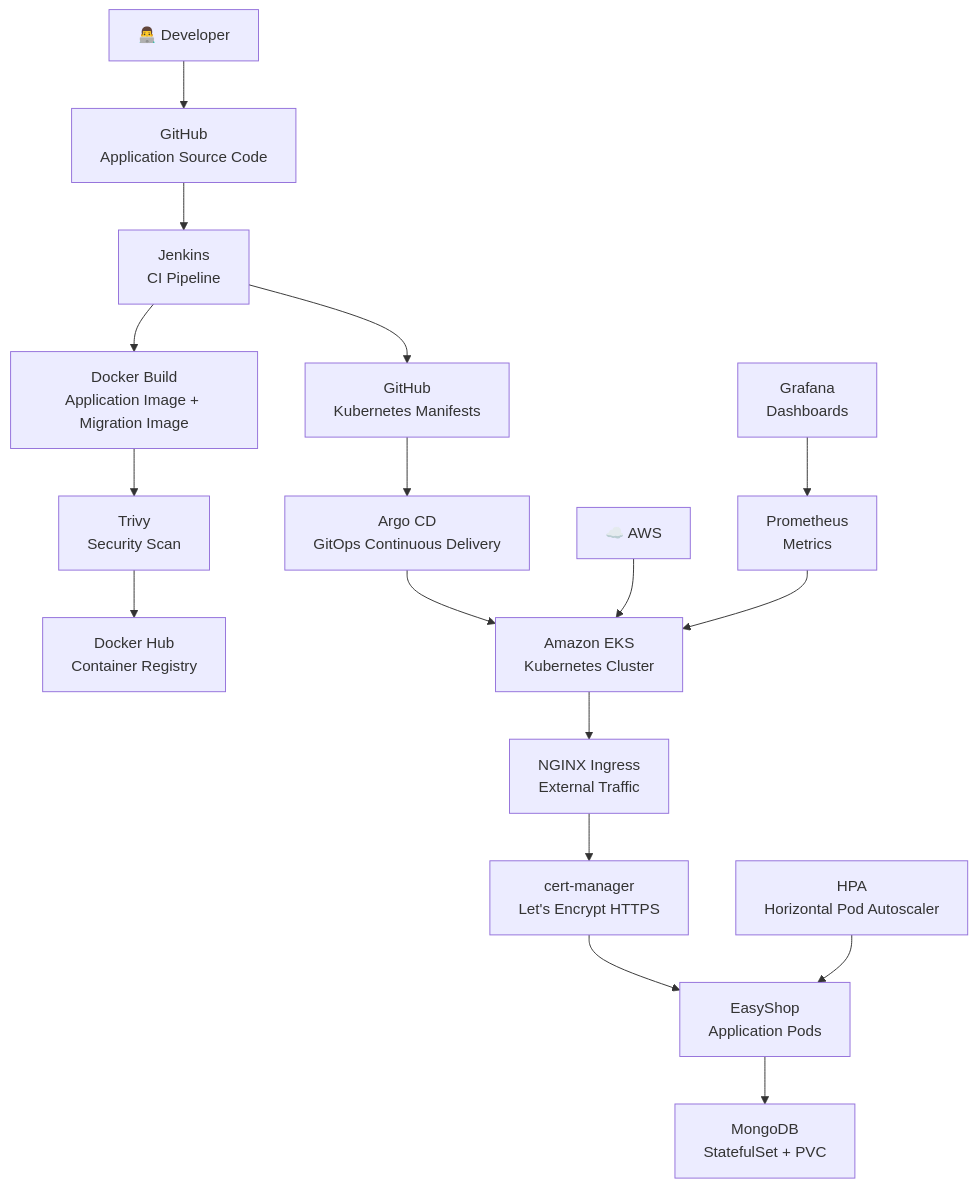
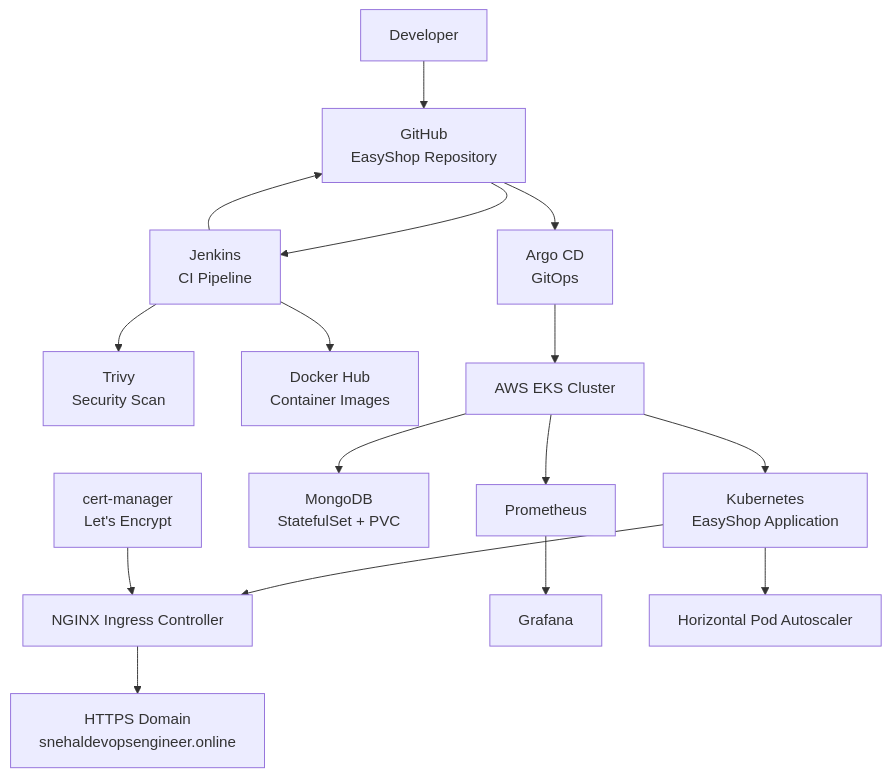
The diagram in README.md (snehalpawar29/EasyShop), drawn with Mermaid before and after one commit. The commit also changed other lines of this file, not shown here.

First line of the commit message:
Revise README for EasyShop project details

````diff
--- a/README.md
+++ b/README.md
@@ -51,56 +67,56 @@
 ```mermaid
 flowchart TB
 
-    DEV["👨‍💻 Developer"]
+    DEV[Developer]
 
-    GIT["GitHub<br/>Application Source Code"]
+    GIT[GitHub<br/>EasyShop Repository]
 
-    JENKINS["Jenkins<br/>CI Pipeline"]
+    JENKINS[Jenkins<br/>CI Pipeline]
 
-    BUILD["Docker Build<br/>Application Image + Migration Image"]
+    TRIVY[Trivy<br/>Security Scan]
 
-    TRIVY["Trivy<br/>Security Scan"]
+    DOCKER[Docker Hub<br/>Container Images]
 
-    DOCKER["Docker Hub<br/>Container Registry"]
+    ARGO[Argo CD<br/>GitOps]
 
-    K8SREPO["GitHub<br/>Kubernetes Manifests"]
+    EKS[AWS EKS Cluster]
 
-    ARGO["Argo CD<br/>GitOps Continuous Delivery"]
+    K8S[Kubernetes<br/>EasyShop Application]
 
-    AWS["☁️ AWS"]
+    MONGO[MongoDB<br/>StatefulSet + PVC]
 
-    EKS["Amazon EKS<br/>Kubernetes Cluster"]
+    NGINX[NGINX Ingress Controller]
 
-    INGRESS["NGINX Ingress<br/>External Traffic"]
+    CERT[cert-manager<br/>Let's Encrypt]
 
-    TLS["cert-manager<br/>Let's Encrypt HTTPS"]
+    PROM[Prometheus]
 
-    APP["EasyShop<br/>Application Pods"]
+    GRAF[Grafana]
 
-    DB["MongoDB<br/>StatefulSet + PVC"]
+    HPA[Horizontal Pod Autoscaler]
 
-    HPA["HPA<br/>Horizontal Pod Autoscaler"]
-
-    PROM["Prometheus<br/>Metrics"]
-
-    GRAFANA["Grafana<br/>Dashboards"]
+    DOMAIN[HTTPS Domain<br/>snehaldevopsengineer.online]
 
     DEV --> GIT
     GIT --> JENKINS
-    JENKINS --> BUILD
-    BUILD --> TRIVY
-    TRIVY --> DOCKER
-    JENKINS --> K8SREPO
-    K8SREPO --> ARGO
+
+    JENKINS --> TRIVY
+    JENKINS --> DOCKER
+    JENKINS --> GIT
+
+    GIT --> ARGO
     ARGO --> EKS
 
-    AWS --> EKS
-    EKS --> INGRESS
-    INGRESS --> TLS
-    TLS --> APP
-    APP --> DB
+    EKS --> K8S
+    EKS --> MONGO
 
-    HPA --> APP
-    PROM --> EKS
-    GRAFANA --> PROM
+    K8S --> NGINX
+    NGINX --> DOMAIN
+
+    CERT --> NGINX
+
+    K8S --> HPA
+
+    EKS --> PROM
+    PROM --> GRAF
 ```
````
